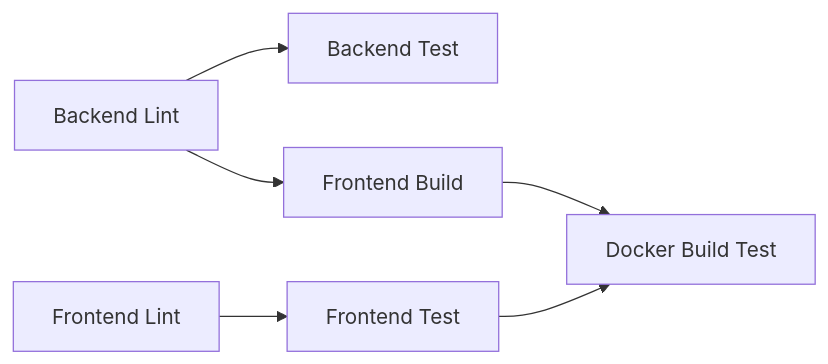
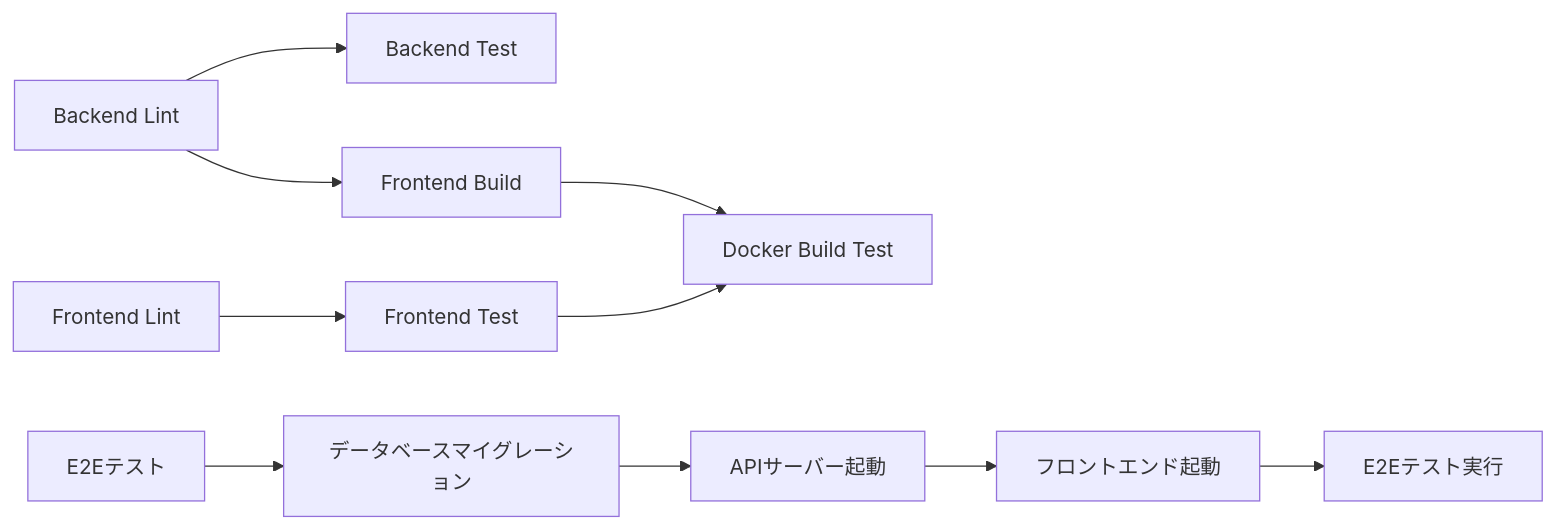
One commit to ss8806/Todos changed the fifth of 5 diagrams in .qoder/repowiki/ja/content/開発ワークフロー/CI_CDパイプライン.md. Above: the diagram before and after it, drawn with Mermaid. The commit also changed other lines of this file and 4 other files, not shown here.

````diff
--- a/.qoder/repowiki/ja/content/開発ワークフロー/CI_CDパイプライン.md
+++ b/.qoder/repowiki/ja/content/開発ワークフロー/CI_CDパイプライン.md
@@ -293,8 +370,12 @@
 ```mermaid
 graph LR
 BL["Backend Lint"] --> BT["Backend Test"]
 FL["Frontend Lint"] --> FT["Frontend Test"]
 BL --> FB["Frontend Build"]
 FB --> DBT["Docker Build Test"]
 FT --> DBT
+E2E["E2Eテスト"] --> EM["データベースマイグレーション"]
+EM --> AS["APIサーバー起動"]
+AS --> FS["フロントエンド起動"]
+FS --> ET["E2Eテスト実行"]
 ```
````
